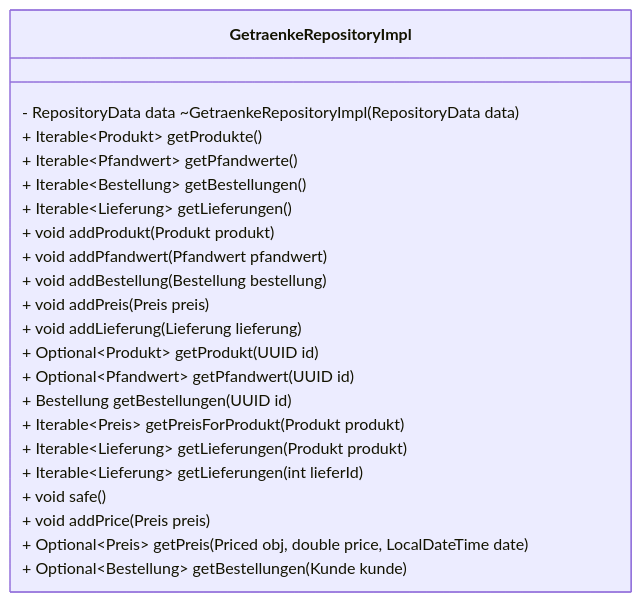
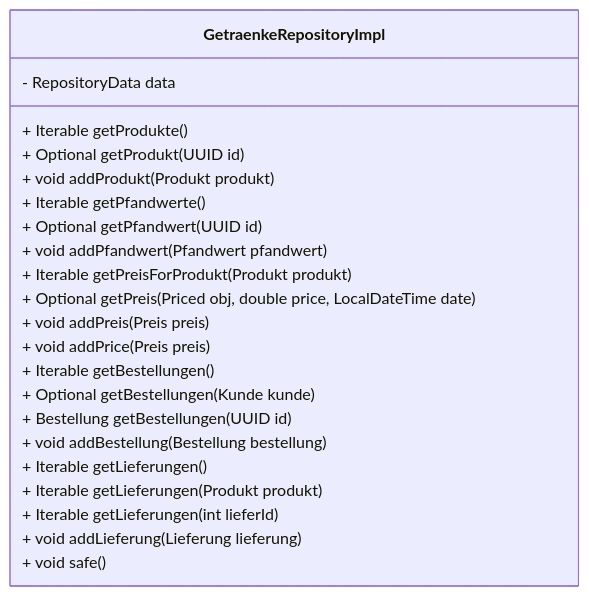
Diagram 11 of 31 in README.md (Gamagu/ase_getraenke), drawn with Mermaid before and after one commit. The commit also changed other lines of this file and 1 other file, not shown here.

````diff
--- a/README.md
+++ b/README.md
@@ -425,24 +431,32 @@
 ```mermaid 
-	classDiagram 
-		class GetraenkeRepositoryImpl { 
-		- RepositoryData data ~GetraenkeRepositoryImpl(RepositoryData data) 
-		+ Iterable~Produkt~ getProdukte() 
-		+ Iterable~Pfandwert~ getPfandwerte() 
-		+ Iterable~Bestellung~ getBestellungen() 
-		+ Iterable~Lieferung~ getLieferungen() 
+classDiagram 
+	class GetraenkeRepositoryImpl { 
+		- RepositoryData data
+
+		+ Iterable<Produkt> getProdukte() 
+		+ Optional<Produkt> getProdukt(UUID id) 
 		+ void addProdukt(Produkt produkt) 
-		+ void addPfandwert(Pfandwert pfandwert) 
-		+ void addBestellung(Bestellung bestellung) 
-		+ void addPreis(Preis preis) 
-		+ void addLieferung(Lieferung lieferung) 
-		+ Optional~Produkt~ getProdukt(UUID id) 
-		+ Optional~Pfandwert~ getPfandwert(UUID id) 
-		+ Bestellung getBestellungen(UUID id) 
-		+ Iterable~Preis~ getPreisForProdukt(Produkt produkt) 
-		+ Iterable~Lieferung~ getLieferungen(Produkt produkt) 
-		+ Iterable~Lieferung~ getLieferungen(int lieferId) 
-		+ void safe() 
-		+ void addPrice(Preis preis) 
-		+ Optional~Preis~ getPreis(Priced obj, double price, LocalDateTime date) 
-		+ Optional~Bestellung~ getBestellungen(Kunde kunde) } 
+
+		+ Iterable<Pfandwert> getPfandwerte() 
+		+ Optional<Pfandwert> getPfandwert(UUID id) 
+		+ void addPfandwert(Pfandwert pfandwert)
+
+		+ Iterable<Preis> getPreisForProdukt(Produkt produkt)
+		+ Optional<Preis> getPreis(Priced obj, double price, LocalDateTime date)
+		+ void addPreis(Preis preis)
+		+ void addPrice(Preis preis)
+
+		+ Iterable<Bestellung> getBestellungen()
+		+ Optional<Bestellung> getBestellungen(Kunde kunde)
+		+ Bestellung getBestellungen(UUID id)
+		+ void addBestellung(Bestellung bestellung)
+
+		+ Iterable<Lieferung> getLieferungen()
+		+ Iterable<Lieferung> getLieferungen(Produkt produkt)
+		+ Iterable<Lieferung> getLieferungen(int lieferId)
+		+ void addLieferung(Lieferung lieferung)
+
+		+ void safe()
+	}
+ 
 ```
````
